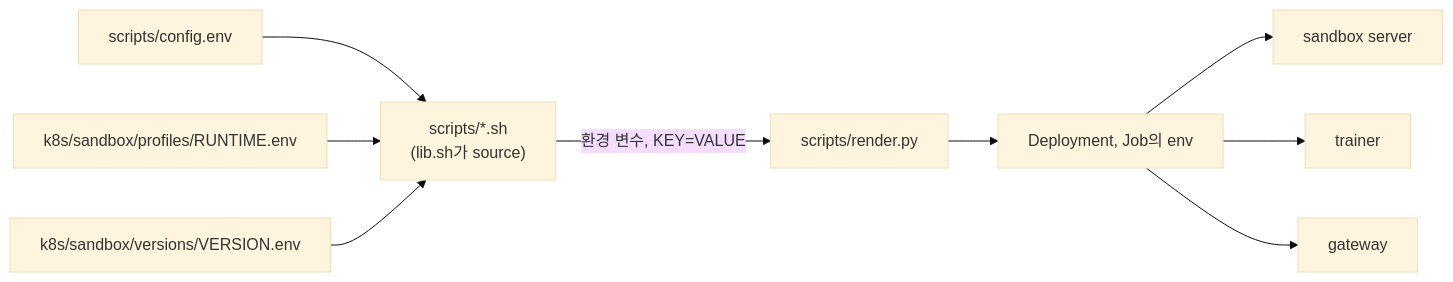
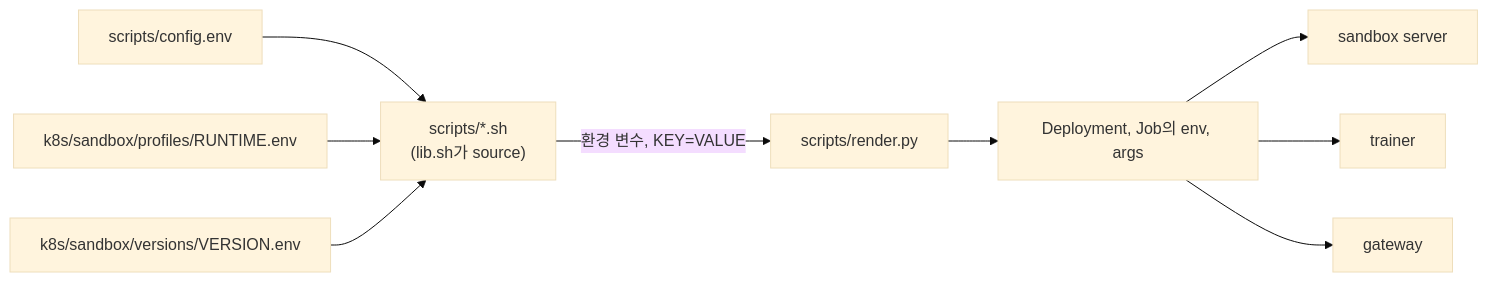
Before and after one commit to daekeun-ml/gpu-sandbox-on-aws: the diagram in docs/reference/configuration.md, drawn with Mermaid (base theme). The commit also changed other lines of this file and 171 other files, not shown here.

````diff
--- a/docs/reference/configuration.md
+++ b/docs/reference/configuration.md
@@ -29,11 +29,11 @@
 ```mermaid
 flowchart LR
     C["scripts/config.env"] --> SH["scripts/*.sh<br/>(lib.sh가 source)"]
     PR["k8s/sandbox/profiles/RUNTIME.env"] --> SH
     VE["k8s/sandbox/versions/VERSION.env"] --> SH
     SH -->|"환경 변수, KEY=VALUE"| RD["scripts/render.py"]
-    RD --> MF["Deployment, Job의 env"]
+    RD --> MF["Deployment, Job의 env, args"]
     MF --> SV["sandbox server"]
     MF --> TR["trainer"]
     MF --> GW["gateway"]
 ```
````
